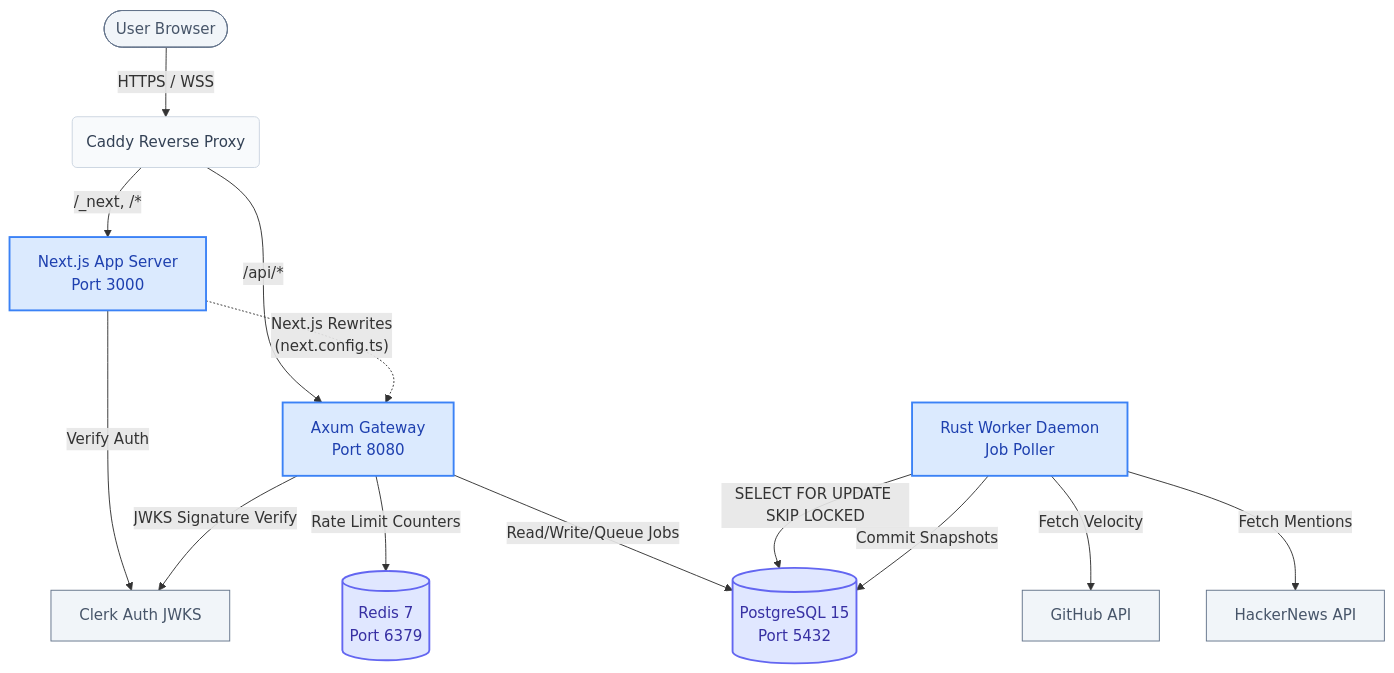
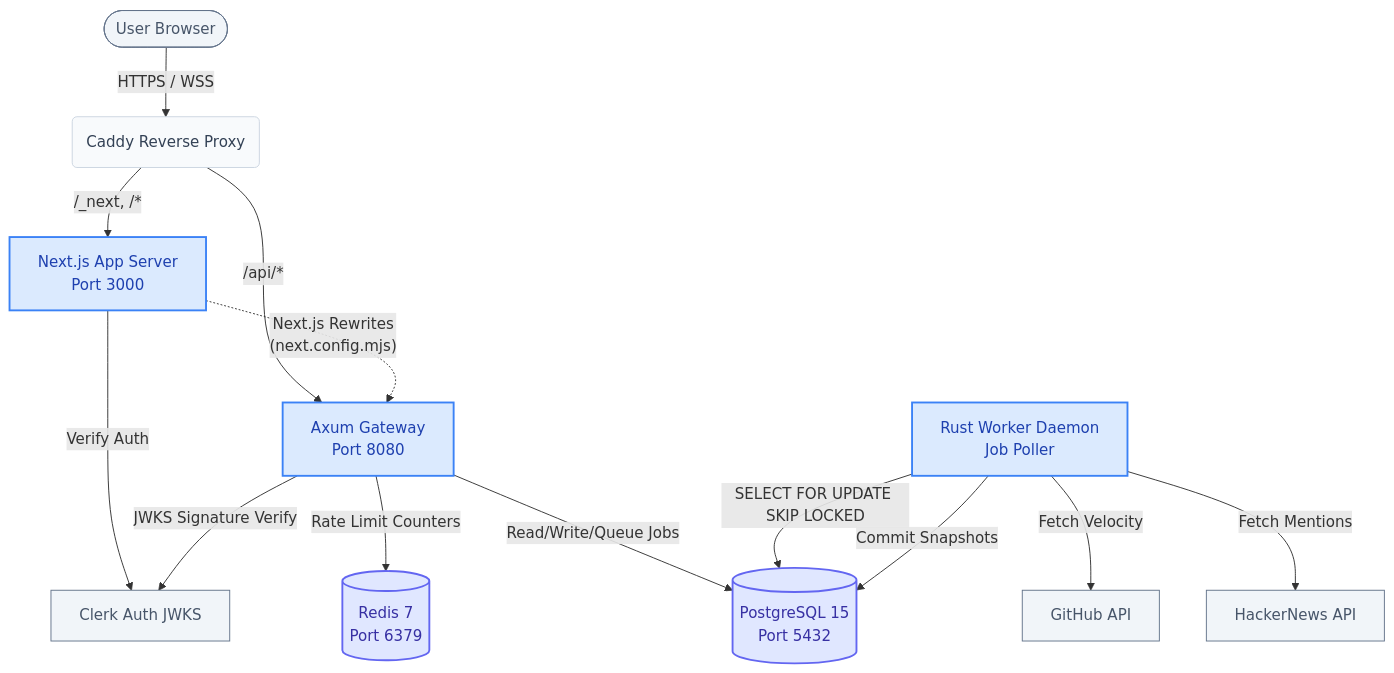
The first of 4 diagrams in frontend/src/pages/docs/architecture.mdx (techmedaddy/trackopensource), drawn with Mermaid before and after one commit. The commit also changed other lines of this file and 2 other files, not shown here.

Commit message:
technical documentation update

````diff
--- a/frontend/src/pages/docs/architecture.mdx
+++ b/frontend/src/pages/docs/architecture.mdx
@@ -14,38 +14,38 @@
 ```mermaid
 graph TD
     %% Nodes
     User([User Browser])
     Proxy(Caddy Reverse Proxy)
     NextJS[Next.js App Server<br/>Port 3000]
     Axum[Axum Gateway<br/>Port 8080]
     Worker[Rust Worker Daemon<br/>Job Poller]
     DB[(PostgreSQL 15<br/>Port 5432)]
     Redis[(Redis 7<br/>Port 6379)]
     Clerk[Clerk Auth JWKS]
     GitHub[GitHub API]
     HN[HackerNews API]
 
     %% Connections
     User -- "HTTPS / WSS" --> Proxy
     Proxy -- "/_next, /*" --> NextJS
     Proxy -- "/api/*" --> Axum
-    NextJS -. "Next.js Rewrites<br/>(next.config.ts)" .-> Axum
+    NextJS -. "Next.js Rewrites<br/>(next.config.mjs)" .-> Axum
     NextJS -- "Verify Auth" --> Clerk
     Axum -- "JWKS Signature Verify" --> Clerk
     Axum -- "Rate Limit Counters" --> Redis
     Axum -- "Read/Write/Queue Jobs" --> DB
     Worker -- "SELECT FOR UPDATE SKIP LOCKED" --> DB
     Worker -- "Fetch Velocity" --> GitHub
     Worker -- "Fetch Mentions" --> HN
     Worker -- "Commit Snapshots" --> DB
 
     classDef default fill:#f8fafc,stroke:#cbd5e1,stroke-width:1px,color:#334155;
     classDef boundary fill:none,stroke:#94a3b8,stroke-width:2px,stroke-dasharray: 5 5;
     classDef external fill:#f1f5f9,stroke:#64748b,stroke-width:1px,color:#475569;
     classDef db fill:#e0e7ff,stroke:#6366f1,stroke-width:2px,color:#3730a3;
     classDef core fill:#dbeafe,stroke:#3b82f6,stroke-width:2px,color:#1e40af;
     
     class User,Clerk,GitHub,HN external;
     class DB,Redis db;
     class NextJS,Axum,Worker core;
 ```
````
